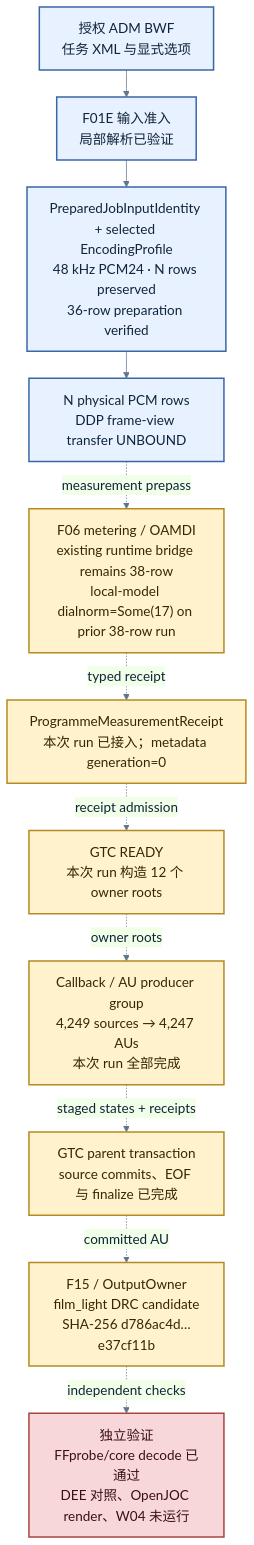
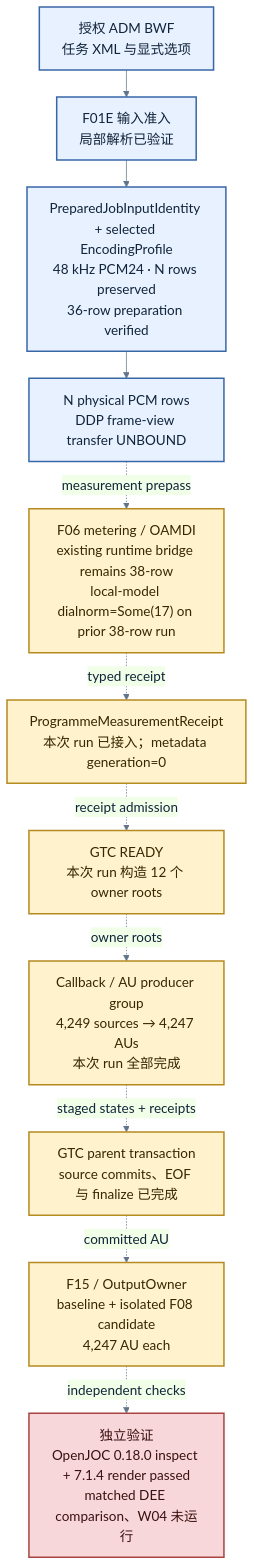
The diagram in docs/architecture/adm-to-eac3joc-chain-status.md (chyinan/JOCForge), drawn with Mermaid before and after one commit. The commit also changed other lines of this file, not shown here.

Commit message:
docs(architecture): record F08 candidate output status

````diff
--- a/docs/architecture/adm-to-eac3joc-chain-status.md
+++ b/docs/architecture/adm-to-eac3joc-chain-status.md
@@ -260,31 +273,31 @@
 ```mermaid
 %%{init: {"theme": "base", "themeVariables": {"fontFamily": "Segoe UI, Microsoft YaHei, sans-serif", "fontSize": "18px", "primaryColor": "#e8f1ff", "primaryTextColor": "#10243a", "lineColor": "#60758a"}, "flowchart": {"nodeSpacing": 28, "rankSpacing": 36, "htmlLabels": true}}}%%
 flowchart TB
   INPUT["授权 ADM BWF<br/>任务 XML 与显式选项"]
   ADMIT["F01E 输入准入<br/>局部解析已验证"]
   PROFILE["PreparedJobInputIdentity + selected EncodingProfile<br/>48 kHz PCM24 · N rows preserved<br/>36-row preparation verified"]
   PCM["N physical PCM rows<br/>DDP frame-view transfer UNBOUND"]
   METER["F06 metering / OAMDI<br/>existing runtime bridge remains 38-row<br/>local-model dialnorm=Some(17) on prior 38-row run"]
   MEASUREMENT["ProgrammeMeasurementReceipt<br/>本次 run 已接入；metadata generation=0"]
   READY["GTC READY<br/>本次 run 构造 12 个 owner roots"]
   PRODUCERS["Callback / AU producer group<br/>4,249 sources → 4,247 AUs<br/>本次 run 全部完成"]
   TRANSACTION["GTC parent transaction<br/>source commits、EOF 与 finalize 已完成"]
-  OUTPUT["F15 / OutputOwner<br/>film_light DRC candidate<br/>SHA-256 d786ac4d…e37cf11b"]
-  VALIDATE["独立验证<br/>FFprobe/core decode 已通过<br/>DEE 对照、OpenJOC render、W04 未运行"]
+  OUTPUT["F15 / OutputOwner<br/>baseline + isolated F08 candidate<br/>4,247 AU each"]
+  VALIDATE["独立验证<br/>OpenJOC 0.18.0 inspect + 7.1.4 render passed<br/>matched DEE comparison、W04 未运行"]
 
   INPUT --> ADMIT --> PROFILE --> PCM
   PCM -. "measurement prepass" .-> METER
   METER -. "typed receipt" .-> MEASUREMENT
   MEASUREMENT -. "receipt admission" .-> READY
   READY -. "owner roots" .-> PRODUCERS
   PRODUCERS -. "staged states + receipts" .-> TRANSACTION
   TRANSACTION -. "committed AU" .-> OUTPUT
   OUTPUT -. "independent checks" .-> VALIDATE
 
   classDef contract fill:#e8f1ff,stroke:#3867a8,color:#10243a,stroke-width:2px;
   classDef partial fill:#fff2cc,stroke:#b58b21,color:#342800,stroke-width:2px;
   classDef missing fill:#f8d7da,stroke:#a94442,color:#3b1010,stroke-width:2px;
   class INPUT,ADMIT,PROFILE,PCM contract;
   class METER,MEASUREMENT,READY,PRODUCERS,TRANSACTION,OUTPUT partial;
   class VALIDATE missing;
 ```
````
